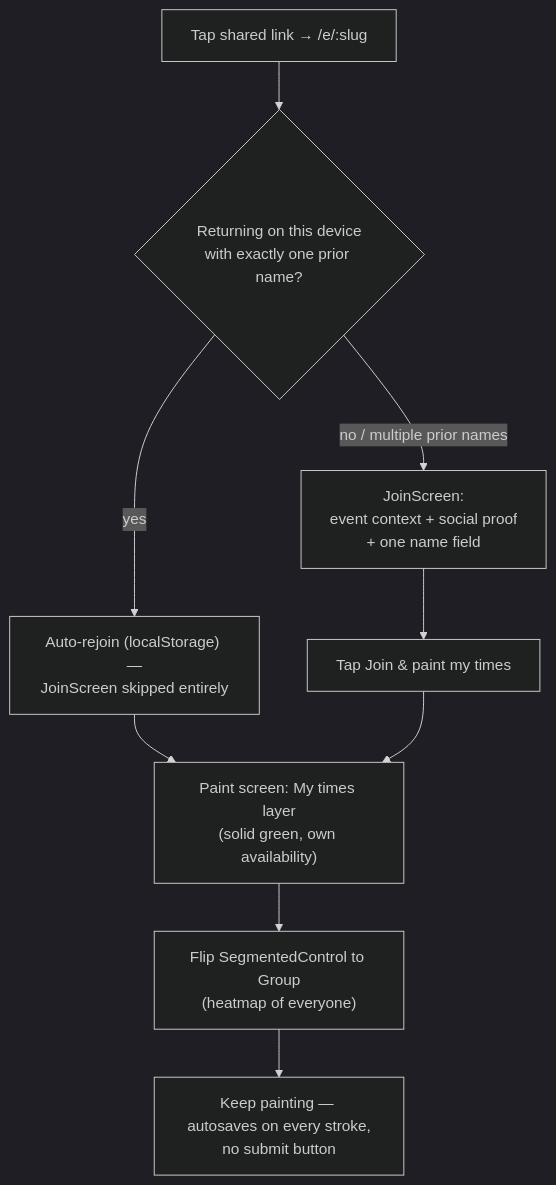
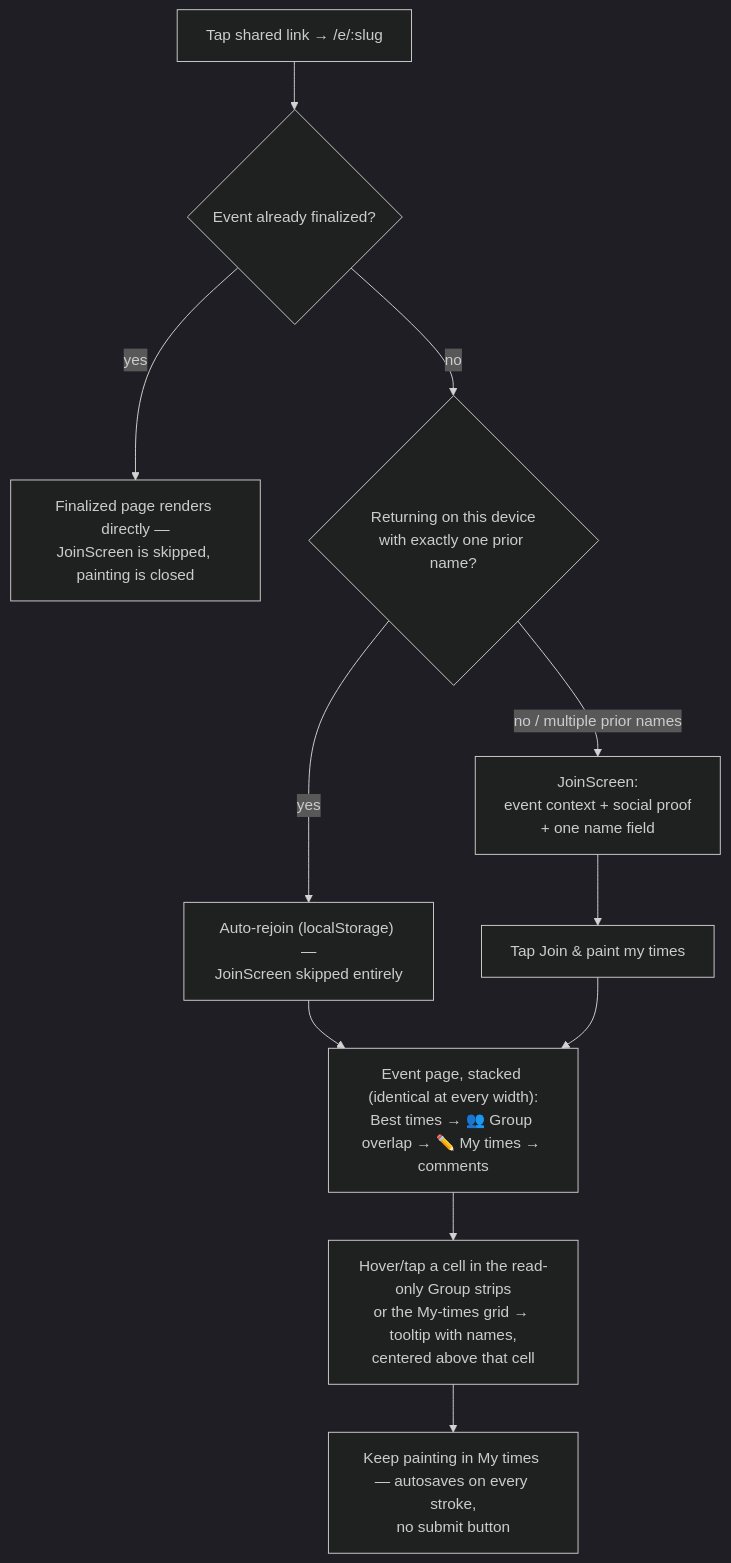
One commit to chlgustjr41/schedule2gather changed the second of 3 diagrams in docs/ux-flows.md. Above: the diagram before and after it, drawn with Mermaid (dark theme). The commit also changed other lines of this file and 3 other files, not shown here.

Commit message:
docs(v1.1): stacked layout, finalize flow, range select, GC + rules

````diff
--- a/docs/ux-flows.md
+++ b/docs/ux-flows.md
@@ -38,11 +48,13 @@
 ```mermaid
 flowchart TD
-  A["Tap shared link → /e/:slug"] --> B{"Returning on this device<br/>with exactly one prior name?"}
+  A["Tap shared link → /e/:slug"] --> Z{"Event already finalized?"}
+  Z -- "yes" --> ZF["Finalized page renders directly —<br/>JoinScreen is skipped, painting is closed"]
+  Z -- "no" --> B{"Returning on this device<br/>with exactly one prior name?"}
   B -- "yes" --> C["Auto-rejoin (localStorage) —<br/>JoinScreen skipped entirely"]
   B -- "no / multiple prior names" --> D["JoinScreen:<br/>event context + social proof<br/>+ one name field"]
   D --> E["Tap Join & paint my times"]
   C --> F
-  E --> F["Paint screen: My times layer<br/>(solid green, own availability)"]
-  F --> G["Flip SegmentedControl to Group<br/>(heatmap of everyone)"]
-  G --> H["Keep painting — autosaves on every stroke,<br/>no submit button"]
+  E --> F["Event page, stacked (identical at every width):<br/>Best times → 👥 Group overlap → ✏️ My times → comments"]
+  F --> G["Hover/tap a cell in the read-only Group strips<br/>or the My-times grid → tooltip with names,<br/>centered above that cell"]
+  G --> H["Keep painting in My times — autosaves on every stroke,<br/>no submit button"]
 ```
````
